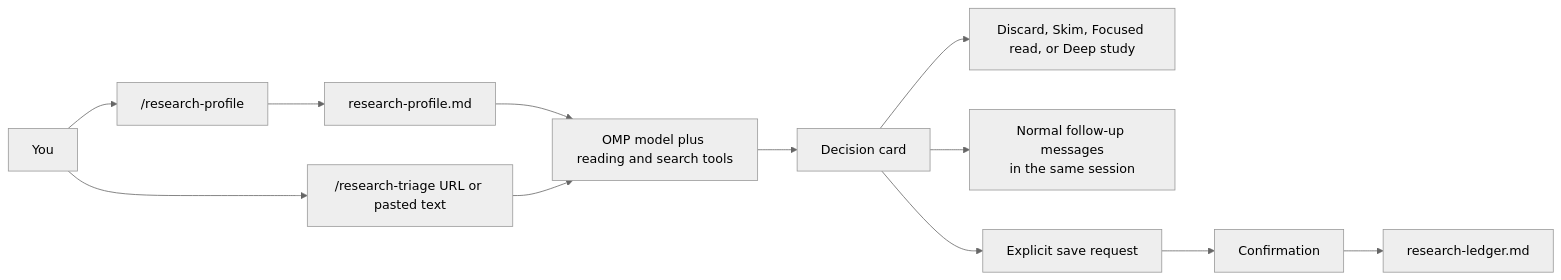
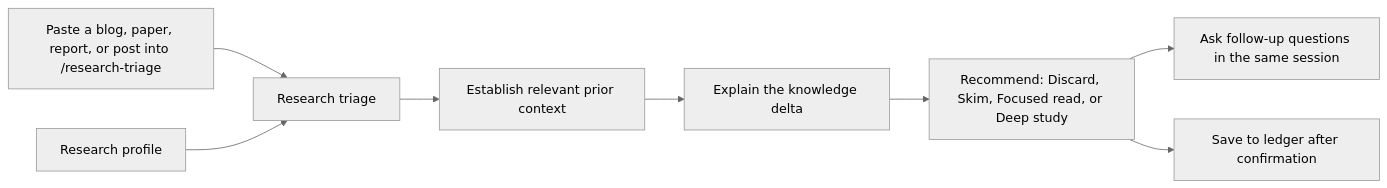
The second of 2 diagrams in README.md (Saad1926Q/omp-knowledge-delta), drawn with Mermaid (neutral theme) before and after one commit. The commit also changed other lines of this file, not shown here.

````diff
--- a/README.md
+++ b/README.md
@@ -142,16 +159,10 @@
 ```mermaid
 flowchart LR
-    U["You"] --> P["/research-profile"]
-    P --> PF["research-profile.md"]
-
-    U --> T["/research-triage URL or pasted text"]
-    PF --> M["OMP model plus reading and search tools"]
-    T --> M
-
-    M --> D["Decision card"]
-    D --> A["Discard, Skim, Focused read, or Deep study"]
-    D --> F["Normal follow-up messages<br/>in the same session"]
-    D --> S["Explicit save request"]
-    S --> C["Confirmation"]
-    C --> L["research-ledger.md"]
+    A["Paste a blog, paper, report, or post into /research-triage"] --> B["Research triage"]
+    P["Research profile"] --> B
+    B --> C["Establish relevant prior context"]
+    C --> D["Explain the knowledge delta"]
+    D --> E["Recommend: Discard, Skim, Focused read, or Deep study"]
+    E --> F["Ask follow-up questions in the same session"]
+    E --> G["Save to ledger after confirmation"]
 ```
````
